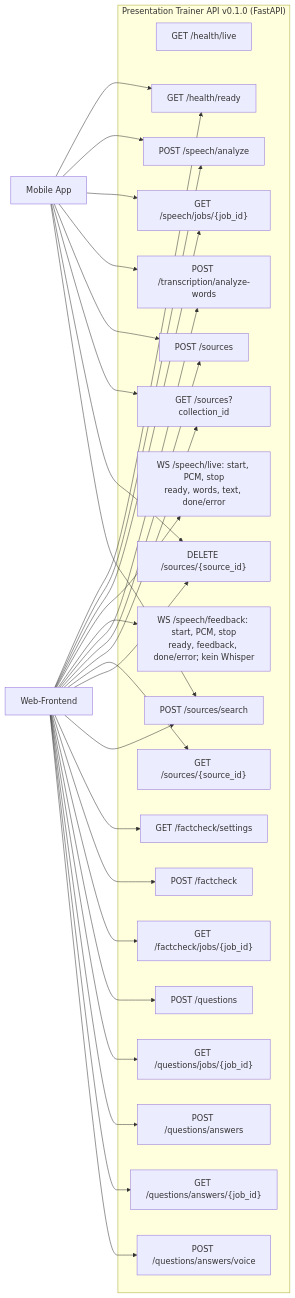
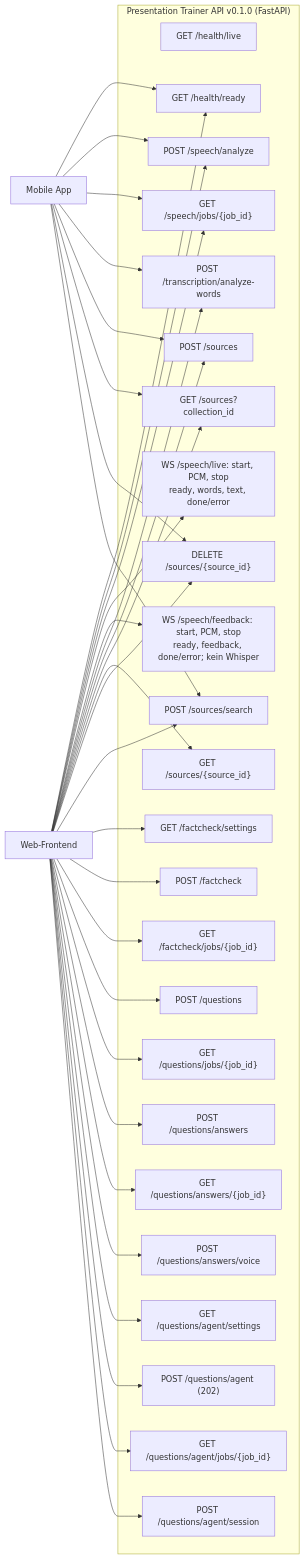
Diagram 11 of 11 in docs/03-architecture.md (johannes3502/hackathon-fulda), drawn with Mermaid before and after one commit. The commit also changed other lines of this file and 36 other files, not shown here.

````diff
--- a/docs/03-architecture.md
+++ b/docs/03-architecture.md
@@ -479,28 +502,32 @@
 ```mermaid
 flowchart LR
     subgraph API["Presentation Trainer API v0.1.0 (FastAPI)"]
         H1["GET /health/live"]
         H2["GET /health/ready"]
         S1["POST /speech/analyze"]
         S2["GET /speech/jobs/{job_id}"]
         S3LIVE["WS /speech/live: start, PCM, stop<br/>ready, words, text, done/error"]
         S4LIVE["WS /speech/feedback: start, PCM, stop<br/>ready, feedback, done/error; kein Whisper"]
         T1["POST /transcription/analyze-words"]
         R1["POST /sources"]
         R2["GET /sources?collection_id"]
         R3["GET /sources/{source_id}"]
         R4["DELETE /sources/{source_id}"]
         R5["POST /sources/search"]
         F1["GET /factcheck/settings"]
         F2["POST /factcheck"]
         F3["GET /factcheck/jobs/{job_id}"]
         Q1["POST /questions"]
         Q2["GET /questions/jobs/{job_id}"]
         Q3["POST /questions/answers"]
         Q4["GET /questions/answers/{job_id}"]
         Q5["POST /questions/answers/voice"]
+        Q6["GET /questions/agent/settings"]
+        Q7["POST /questions/agent (202)"]
+        Q8["GET /questions/agent/jobs/{job_id}"]
+        Q9["POST /questions/agent/session"]
     end
 
-    WEBF["Web-Frontend"] --> H2 & S1 & S2 & S3LIVE & S4LIVE & T1 & R1 & R2 & R3 & R4 & R5 & F1 & F2 & F3 & Q1 & Q2 & Q3 & Q4 & Q5
+    WEBF["Web-Frontend"] --> H2 & S1 & S2 & S3LIVE & S4LIVE & T1 & R1 & R2 & R3 & R4 & R5 & F1 & F2 & F3 & Q1 & Q2 & Q3 & Q4 & Q5 & Q6 & Q7 & Q8 & Q9
     MOB["Mobile App"] --> H2 & S1 & S2 & T1 & R1 & R2 & R4 & R5
 ```
````
